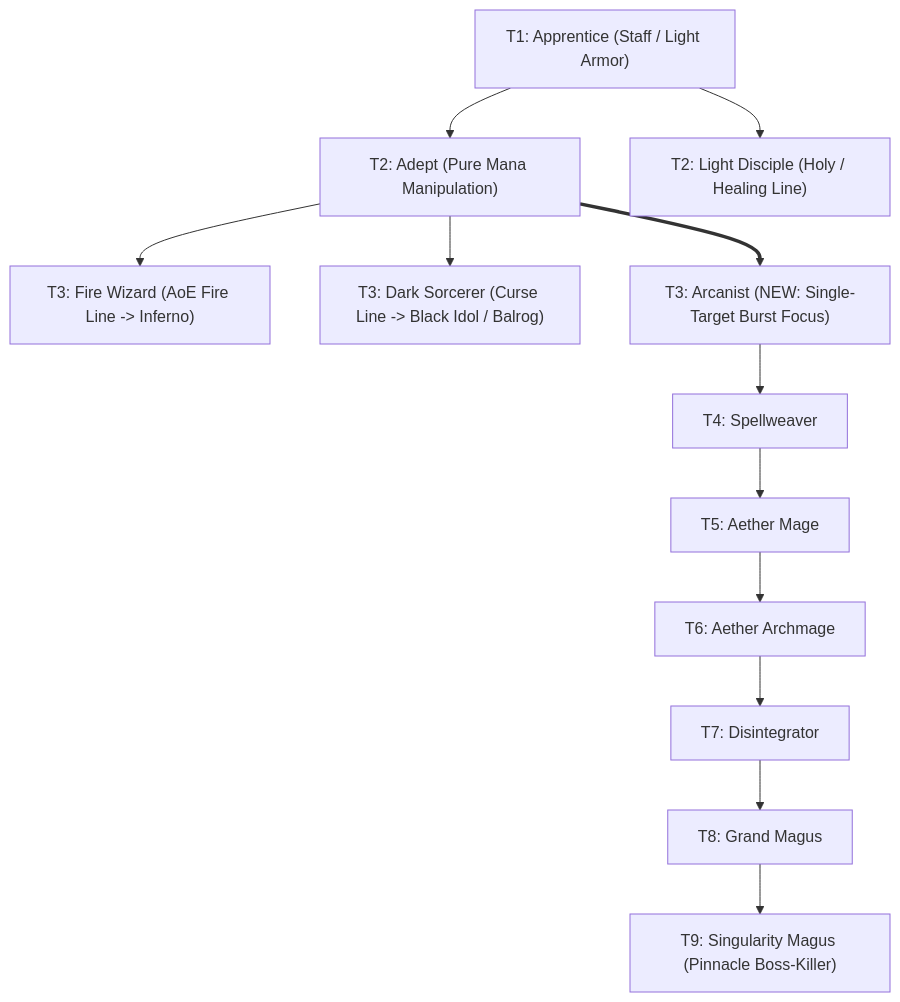
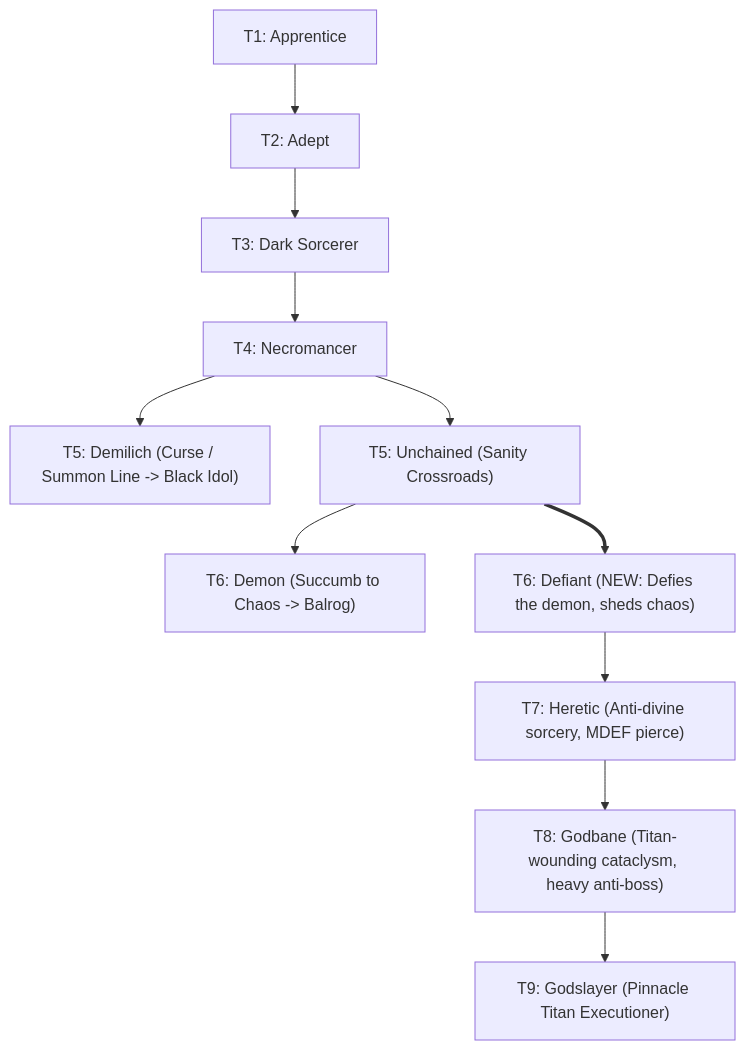
Before and after one commit to Lemoinie/IGM-Modded: the diagram in plans/planned/adventurers/single-target-burst-mage.md, drawn with Mermaid. The commit also changed other lines of this file and 24 other files, not shown here.

````diff
--- a/plans/planned/adventurers/single-target-burst-mage.md
+++ b/plans/planned/adventurers/single-target-burst-mage.md
@@ -32,18 +37,19 @@
 ```mermaid
 graph TD
-    T1["T1: Apprentice (Staff / Light Armor)"] --> T2A["T2: Adept (Pure Mana Manipulation)"]
-    T1 --> T2L["T2: Light Disciple (Holy / Healing Line)"]
-
-    %% Adept 3-Way Split
-    T2A --> T3F["T3: Fire Wizard (AoE Fire Line -> Inferno)"]
-    T2A --> T3D["T3: Dark Sorcerer (Curse Line -> Black Idol / Balrog)"]
-    T2A ==> T3A["T3: Arcanist (NEW: Single-Target Burst Focus)"]
-
-    %% New Single-Target Burst Progression
-    T3A --> T4S["T4: Spellweaver"]
-    T4S --> T5A["T5: Aether Mage"]
-    T5A --> T6AA["T6: Aether Archmage"]
-    T6AA --> T7D["T7: Disintegrator"]
-    T7D --> T8GM["T8: Grand Magus"]
-    T8GM --> T9SM["T9: Singularity Magus (Pinnacle Boss-Killer)"]
+    T1["T1: Apprentice"] --> T2A["T2: Adept"]
+    T2A --> T3D["T3: Dark Sorcerer"]
+    T3D --> T4N["T4: Necromancer"]
+    
+    %% Necromancer split
+    T4N --> T5L["T5: Demilich (Curse / Summon Line -> Black Idol)"]
+    T4N --> T5U["T5: Unchained (Sanity Crossroads)"]
+    
+    %% Unchained Split
+    T5U --> T6D["T6: Demon (Succumb to Chaos -> Balrog)"]
+    T5U ==> T6DF["T6: Defiant (NEW: Defies the demon, sheds chaos)"]
+    
+    %% Godslayer Progression
+    T6DF --> T7H["T7: Heretic (Anti-divine sorcery, MDEF pierce)"]
+    T7H --> T8GB["T8: Godbane (Titan-wounding cataclysm, heavy anti-boss)"]
+    T8GB --> T9GS["T9: Godslayer (Pinnacle Titan Executioner)"]
 ```
````
